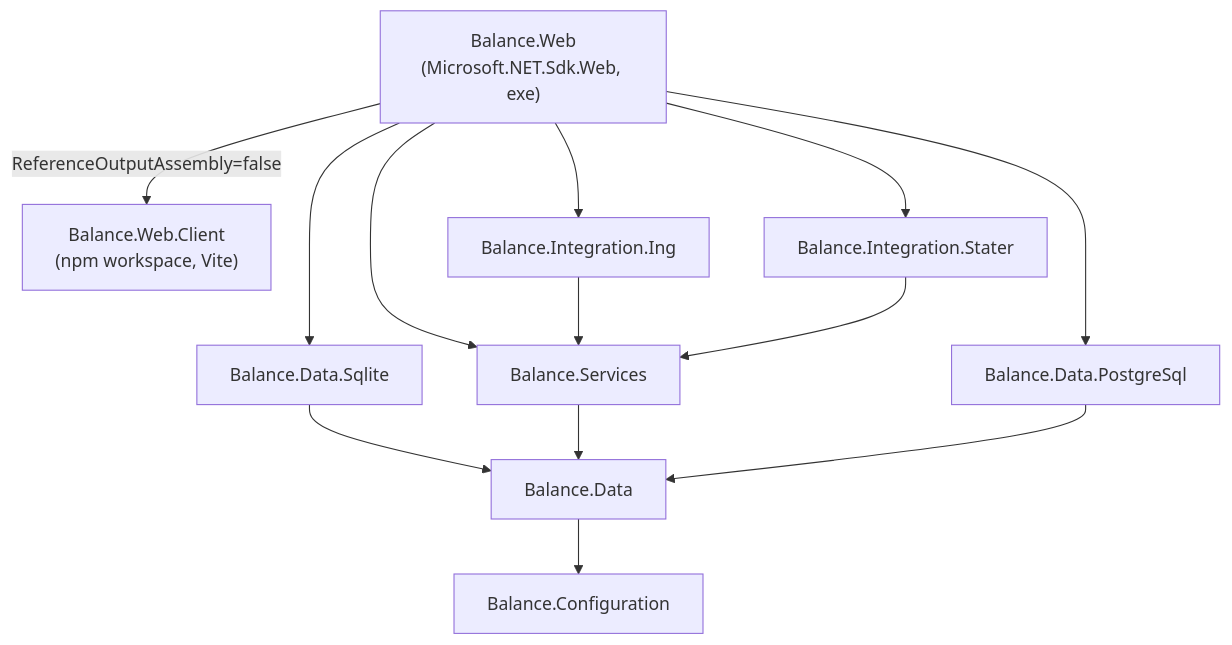
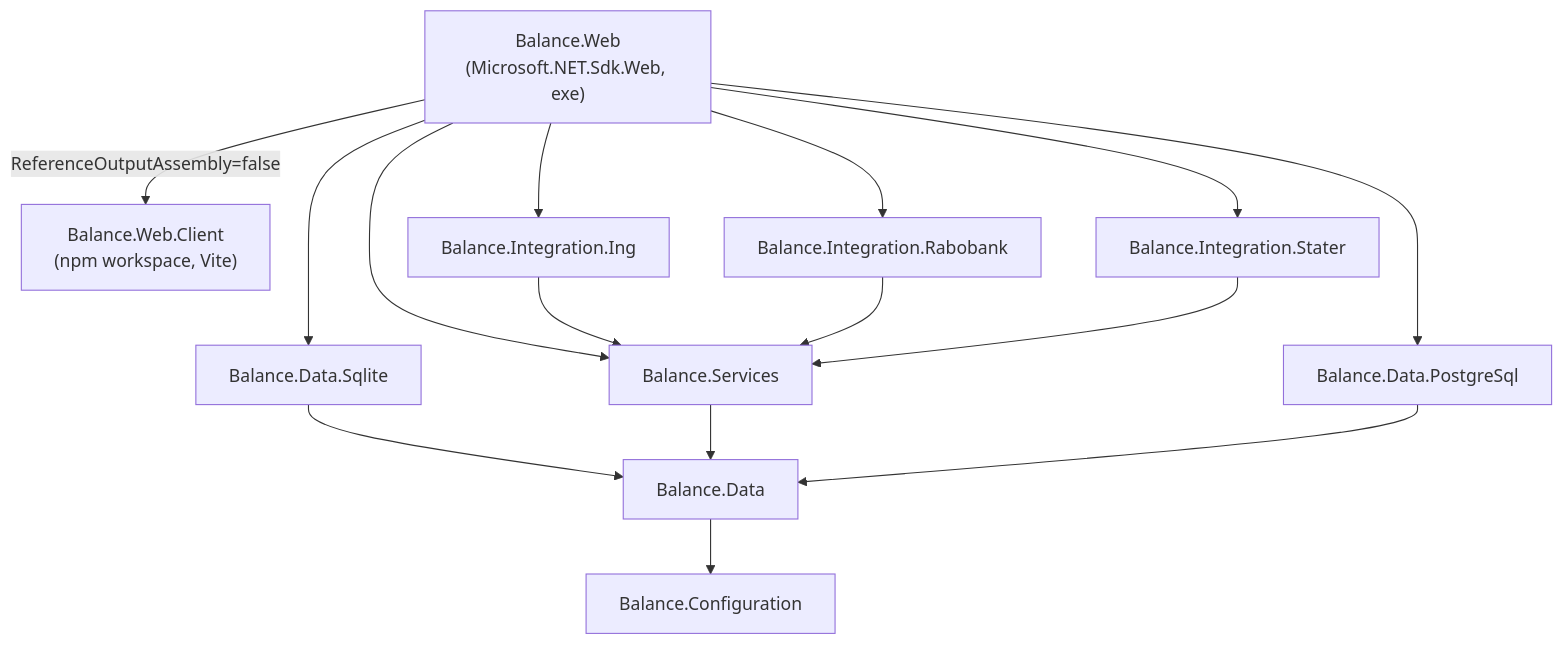
One commit to balance-budget/balance-budget changed the diagram in docs/architecture.md. Above: the diagram before and after it, drawn with Mermaid. The commit also changed other lines of this file and 2 other files, not shown here.

Commit message:
docs: document the Rabobank integration project

````diff
--- a/docs/architecture.md
+++ b/docs/architecture.md
@@ -28,27 +29,30 @@
 ```mermaid
 graph TD
     Web["Balance.Web<br/>(Microsoft.NET.Sdk.Web, exe)"]
     Client["Balance.Web.Client<br/>(npm workspace, Vite)"]
     Sqlite[Balance.Data.Sqlite]
     Postgres[Balance.Data.PostgreSql]
     Services[Balance.Services]
     Data[Balance.Data]
     Configuration[Balance.Configuration]
     IntegrationIng[Balance.Integration.Ing]
+    IntegrationRabobank[Balance.Integration.Rabobank]
     IntegrationStater[Balance.Integration.Stater]
 
     Web -->|ReferenceOutputAssembly=false| Client
     Web --> Sqlite
     Web --> Services
     Web --> Postgres
     Web --> IntegrationIng
+    Web --> IntegrationRabobank
     Web --> IntegrationStater
 
     Sqlite --> Data
     Services --> Data
     Postgres --> Data
     IntegrationIng --> Services
+    IntegrationRabobank --> Services
     IntegrationStater --> Services
 
     Data --> Configuration
 ```
````
